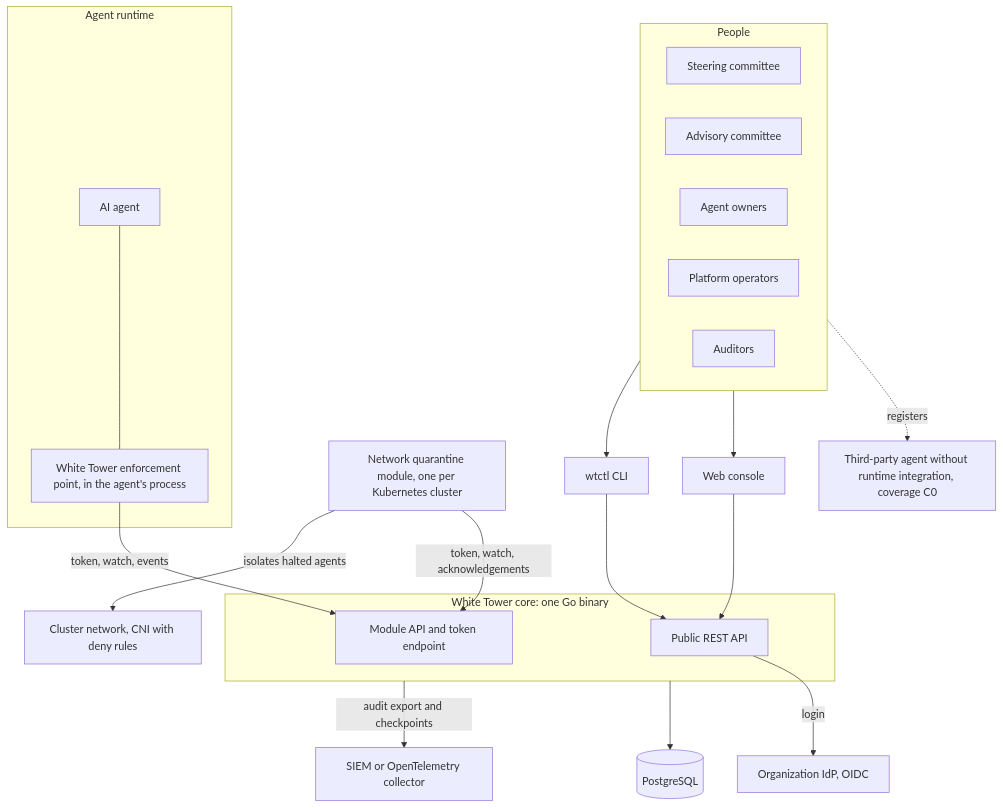
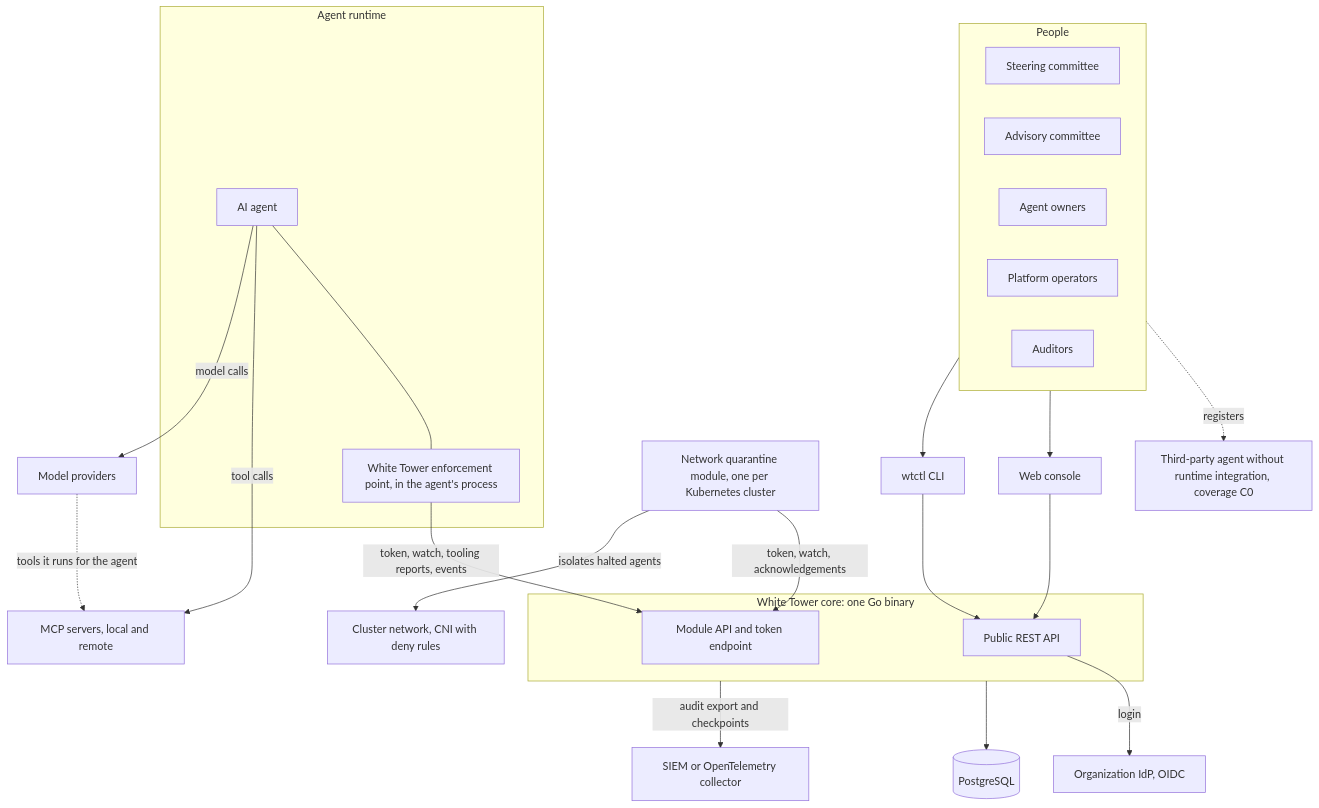
The first of 6 diagrams in docs/architecture/mvp-architecture.md (J466Y/WhiteTower), drawn with Mermaid before and after one commit. The commit also changed other lines of this file and 25 other files, not shown here.

First line of the commit message:
docs(P1-16): integrate RFC-0002 into MVP architecture, requirements and roadmap (#45)

````diff
--- a/docs/architecture/mvp-architecture.md
+++ b/docs/architecture/mvp-architecture.md
@@ -27,44 +28,50 @@
 ```mermaid
 flowchart TB
     subgraph people[People]
         direction LR
         SC[Steering committee]
         AC[Advisory committee]
         OW[Agent owners]
         OP[Platform operators]
         AU[Auditors]
     end
 
     UI[Web console]
     CLI[wtctl CLI]
 
     subgraph core[White Tower core: one Go binary]
         API[Public REST API]
         MAPI[Module API and token endpoint]
     end
 
     PG[(PostgreSQL)]
     IDP[Organization IdP, OIDC]
     SIEM[SIEM or OpenTelemetry collector]
 
     subgraph runtime[Agent runtime]
         AG[AI agent] --- EP[White Tower enforcement point, in the agent's process]
     end
 
+    MCPS[MCP servers, local and remote]
+    LLM[Model providers]
+
     QM[Network quarantine module, one per Kubernetes cluster]
     CNI[Cluster network, CNI with deny rules]
 
     TP[Third-party agent without runtime integration, coverage C0]
 
     people --> UI
     people --> CLI
     UI --> API
     CLI --> API
     API -- login --> IDP
-    EP -- token, watch, events --> MAPI
+    EP -- token, watch, tooling reports, events --> MAPI
+    AG -- tool calls --> MCPS
+    AG -- model calls --> LLM
+    LLM -. tools it runs for the agent .-> MCPS
     QM -- token, watch, acknowledgements --> MAPI
     QM -- isolates halted agents --> CNI
     core --> PG
     core -- audit export and checkpoints --> SIEM
     OW -. registers .-> TP
 ```
````
